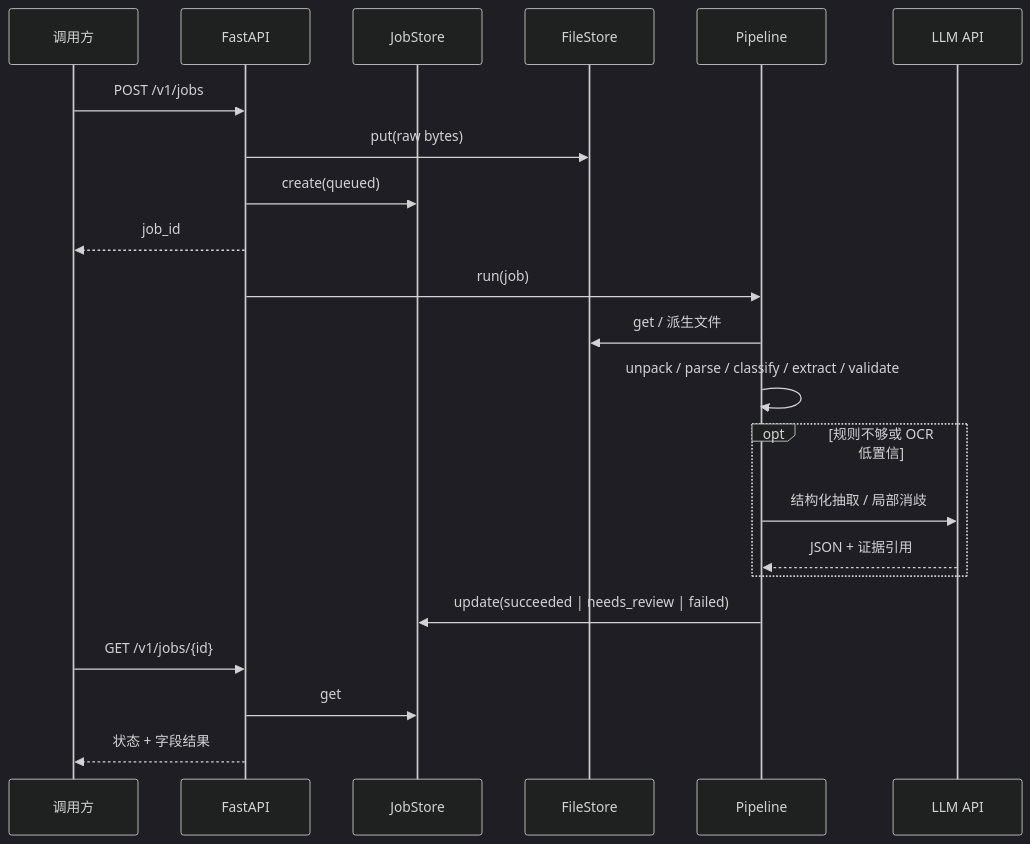
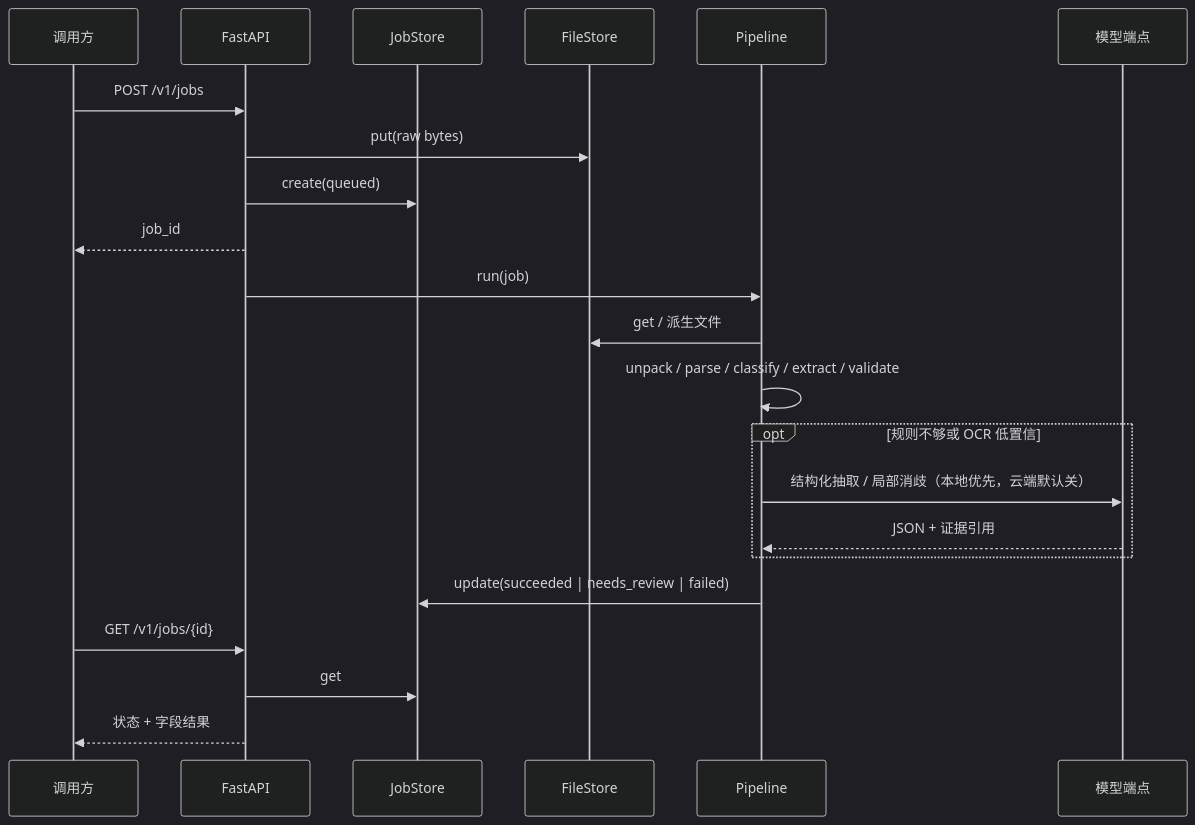
One commit to Baldwinzc/docparse changed the second of 2 diagrams in docs/design.md. Above: the diagram before and after it, drawn with Mermaid (dark theme). The commit also changed other lines of this file and 12 other files, not shown here.

First line of the commit message:
docs: 本地化约束刷新，从「只走云 API」改为「本地优先，云端默认关」（#95）

````diff
--- a/docs/design.md
+++ b/docs/design.md
@@ -52,25 +55,25 @@
 ```mermaid
 sequenceDiagram
     participant U as 调用方
     participant API as FastAPI
     participant Jobs as JobStore
     participant Files as FileStore
     participant P as Pipeline
-    participant LLM as LLM API
+    participant LLM as 模型端点
 
     U->>API: POST /v1/jobs
     API->>Files: put(raw bytes)
     API->>Jobs: create(queued)
     API-->>U: job_id
     API->>P: run(job)
     P->>Files: get / 派生文件
     P->>P: unpack / parse / classify / extract / validate
     opt 规则不够或 OCR 低置信
-        P->>LLM: 结构化抽取 / 局部消歧
+        P->>LLM: 结构化抽取 / 局部消歧（本地优先，云端默认关）
         LLM-->>P: JSON + 证据引用
     end
     P->>Jobs: update(succeeded | needs_review | failed)
     U->>API: GET /v1/jobs/{id}
     API->>Jobs: get
     API-->>U: 状态 + 字段结果
 ```
````
